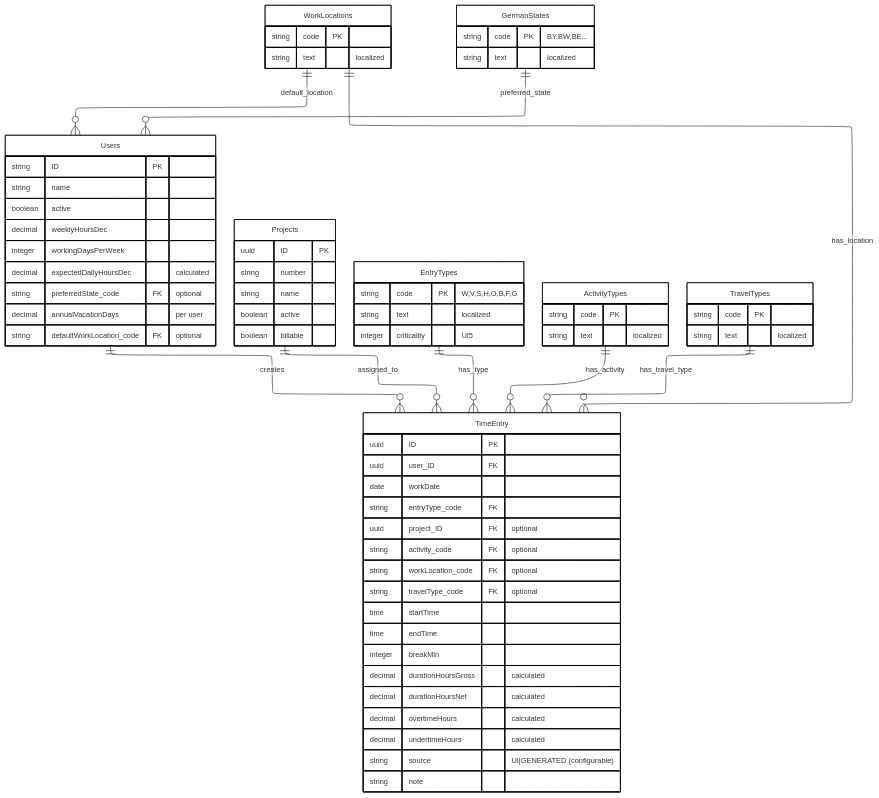
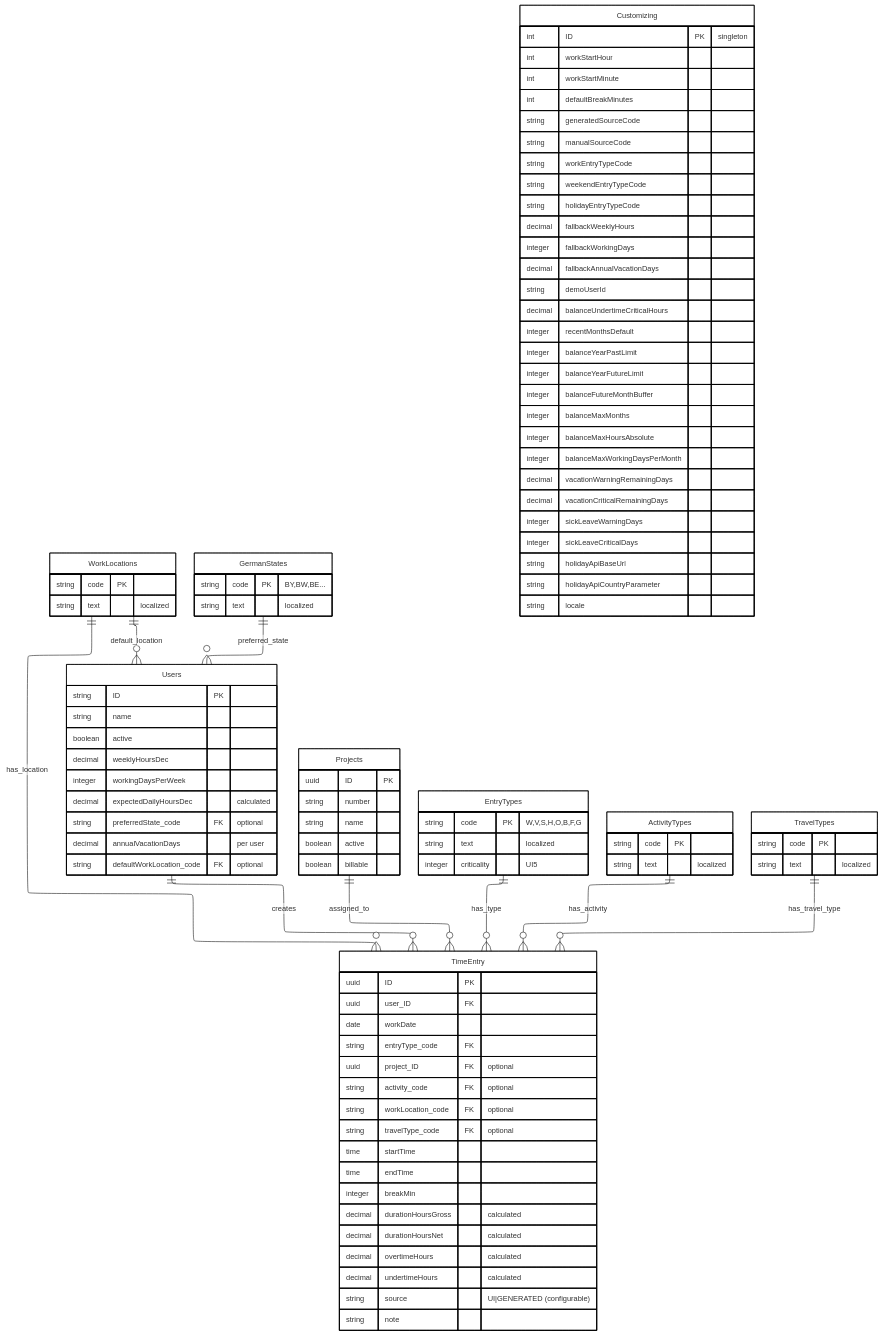
One commit to nimble-123/cap-fiori-timetracking changed the fifth of 7 diagrams in docs/ARCHITECTURE.md. Above: the diagram before and after it, drawn with Mermaid. The commit also changed other lines of this file and 2 other files, not shown here.

Commit message:
feat: Update architecture documentation to include Customizing Singleton for global defaults

````diff
--- a/docs/ARCHITECTURE.md
+++ b/docs/ARCHITECTURE.md
@@ -641,4 +651,35 @@
         string code PK "BY,BW,BE..."
         string text "localized"
     }
+
+    Customizing {
+        int ID PK "singleton"
+        int workStartHour
+        int workStartMinute
+        int defaultBreakMinutes
+        string generatedSourceCode
+        string manualSourceCode
+        string workEntryTypeCode
+        string weekendEntryTypeCode
+        string holidayEntryTypeCode
+        decimal fallbackWeeklyHours
+        integer fallbackWorkingDays
+        decimal fallbackAnnualVacationDays
+        string demoUserId
+        decimal balanceUndertimeCriticalHours
+        integer recentMonthsDefault
+        integer balanceYearPastLimit
+        integer balanceYearFutureLimit
+        integer balanceFutureMonthBuffer
+        integer balanceMaxMonths
+        integer balanceMaxHoursAbsolute
+        integer balanceMaxWorkingDaysPerMonth
+        decimal vacationWarningRemainingDays
+        decimal vacationCriticalRemainingDays
+        integer sickLeaveWarningDays
+        integer sickLeaveCriticalDays
+        string holidayApiBaseUrl
+        string holidayApiCountryParameter
+        string locale
+    }
 ```
````
